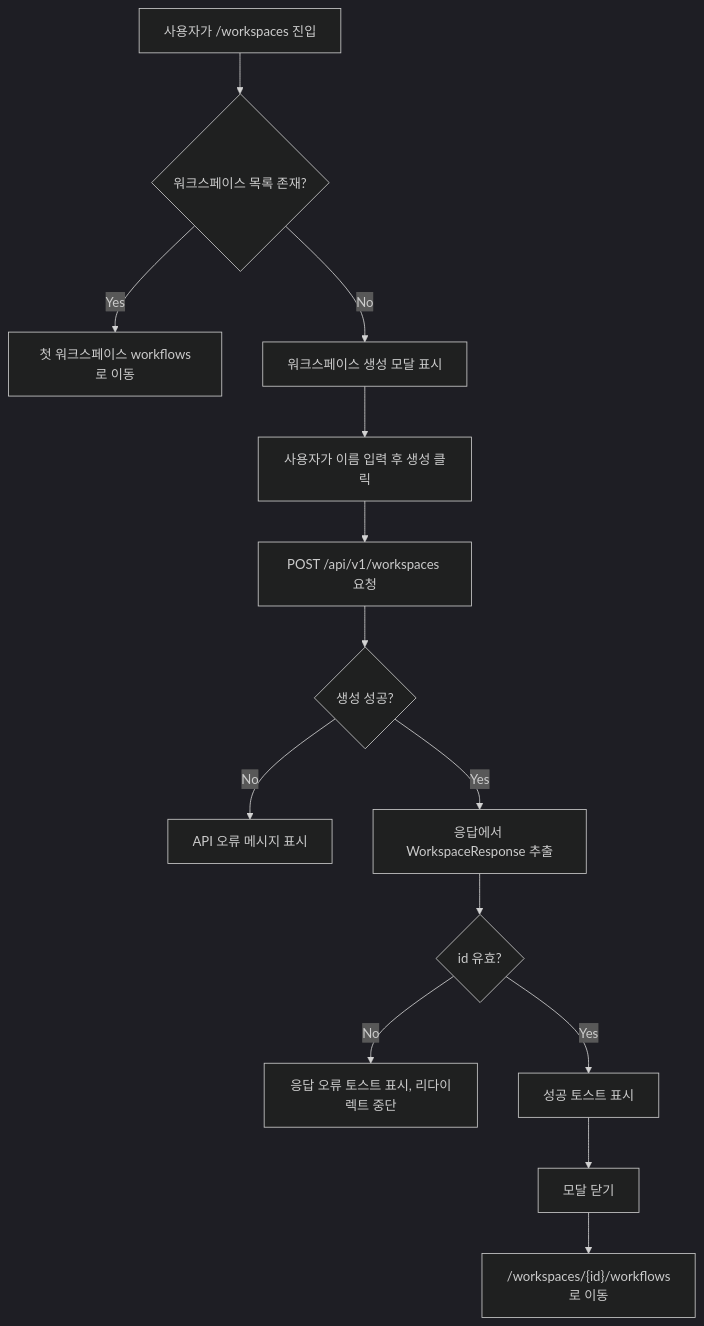
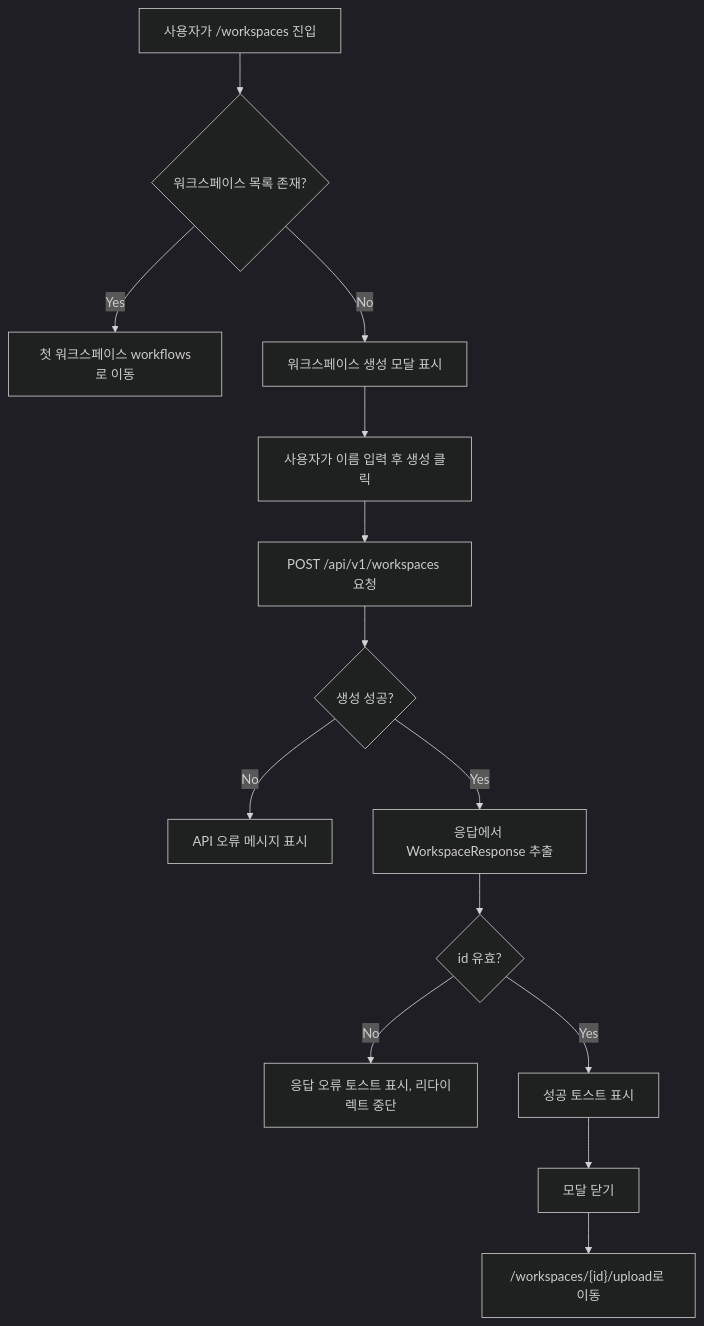
The diagram in .agent/specs/0351.md (ajou-2026-1-capstone-5/ostone), drawn with Mermaid (dark theme) before and after one commit. The commit also changed other lines of this file and 4 other files, not shown here.

````diff
--- a/.agent/specs/0351.md
+++ b/.agent/specs/0351.md
@@ -69,16 +69,16 @@
 ```mermaid
 flowchart TD
     A["사용자가 /workspaces 진입"] --> B{"워크스페이스 목록 존재?"}
     B -->|"Yes"| C["첫 워크스페이스 workflows로 이동"]
     B -->|"No"| D["워크스페이스 생성 모달 표시"]
     D --> E["사용자가 이름 입력 후 생성 클릭"]
     E --> F["POST /api/v1/workspaces 요청"]
     F --> G{"생성 성공?"}
     G -->|"No"| H["API 오류 메시지 표시"]
     G -->|"Yes"| I["응답에서 WorkspaceResponse 추출"]
     I --> J{"id 유효?"}
     J -->|"No"| K["응답 오류 토스트 표시, 리다이렉트 중단"]
     J -->|"Yes"| L["성공 토스트 표시"]
     L --> M["모달 닫기"]
-    M --> N["/workspaces/{id}/workflows로 이동"]
+    M --> N["/workspaces/{id}/upload로 이동"]
 ```
````
